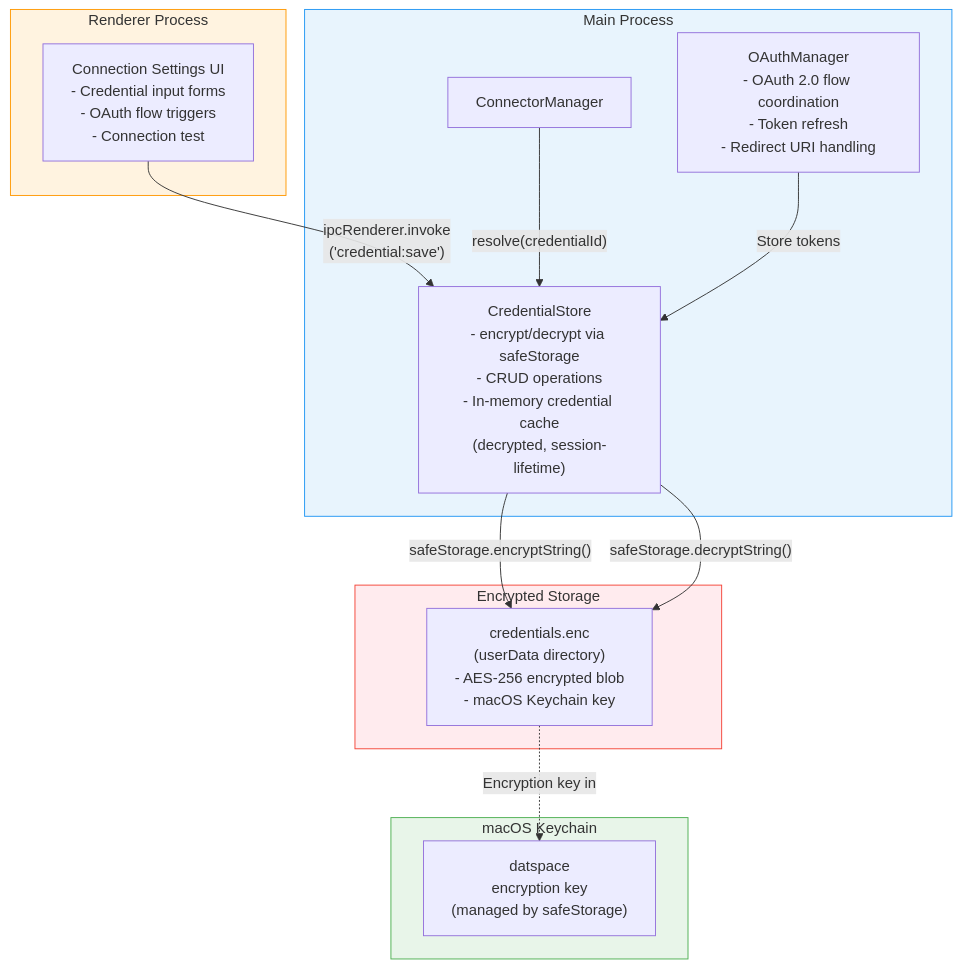
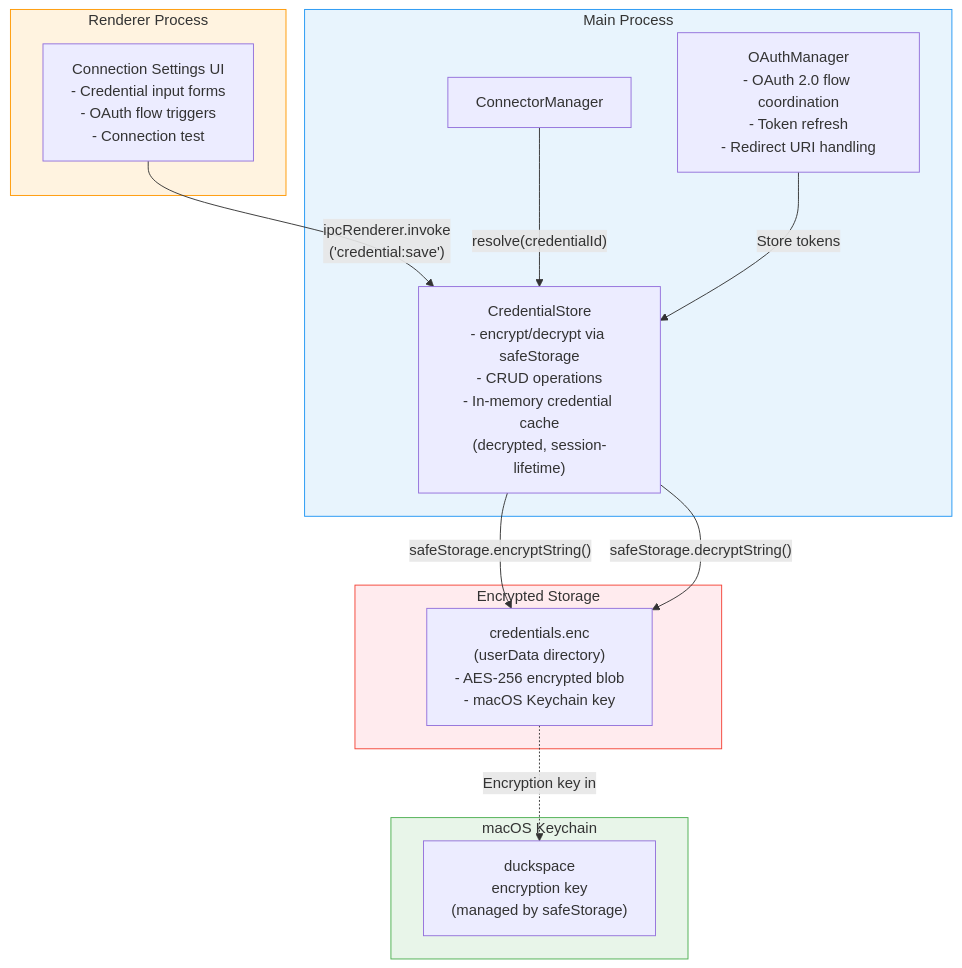
Before and after one commit to discohead/duckspace: the sixth of 8 diagrams in context/artifacts/design/07-remote-connectors.md, drawn with Mermaid. The commit also changed other lines of this file and 111 other files, not shown here.

First line of the commit message:
chore: rename project from Datspace to Duckspace

````diff
--- a/context/artifacts/design/07-remote-connectors.md
+++ b/context/artifacts/design/07-remote-connectors.md
@@ -1325,32 +1325,32 @@
 ```mermaid
 graph TB
     subgraph MainProcess["Main Process"]
         CredentialStore["CredentialStore<br/>- encrypt/decrypt via safeStorage<br/>- CRUD operations<br/>- In-memory credential cache<br/>(decrypted, session-lifetime)"]
         OAuthManager["OAuthManager<br/>- OAuth 2.0 flow coordination<br/>- Token refresh<br/>- Redirect URI handling"]
         ConnectorManager["ConnectorManager"]
     end
 
     subgraph Storage["Encrypted Storage"]
         CredFile["credentials.enc<br/>(userData directory)<br/>- AES-256 encrypted blob<br/>- macOS Keychain key"]
     end
 
     subgraph Keychain["macOS Keychain"]
-        KeychainEntry["datspace<br/>encryption key<br/>(managed by safeStorage)"]
+        KeychainEntry["duckspace<br/>encryption key<br/>(managed by safeStorage)"]
     end
 
     subgraph RendererProcess["Renderer Process"]
         CredentialUI["Connection Settings UI<br/>- Credential input forms<br/>- OAuth flow triggers<br/>- Connection test"]
     end
 
     CredentialUI -->|"ipcRenderer.invoke<br/>('credential:save')"| CredentialStore
     ConnectorManager -->|"resolve(credentialId)"| CredentialStore
     CredentialStore -->|"safeStorage.encryptString()"| CredFile
     CredentialStore -->|"safeStorage.decryptString()"| CredFile
     CredFile -.->|"Encryption key in"| KeychainEntry
     OAuthManager -->|"Store tokens"| CredentialStore
 
     style MainProcess fill:#e8f4fd,stroke:#2196F3
     style Storage fill:#ffebee,stroke:#f44336
     style Keychain fill:#e8f5e9,stroke:#4CAF50
     style RendererProcess fill:#fff3e0,stroke:#FF9800
 ```
````
